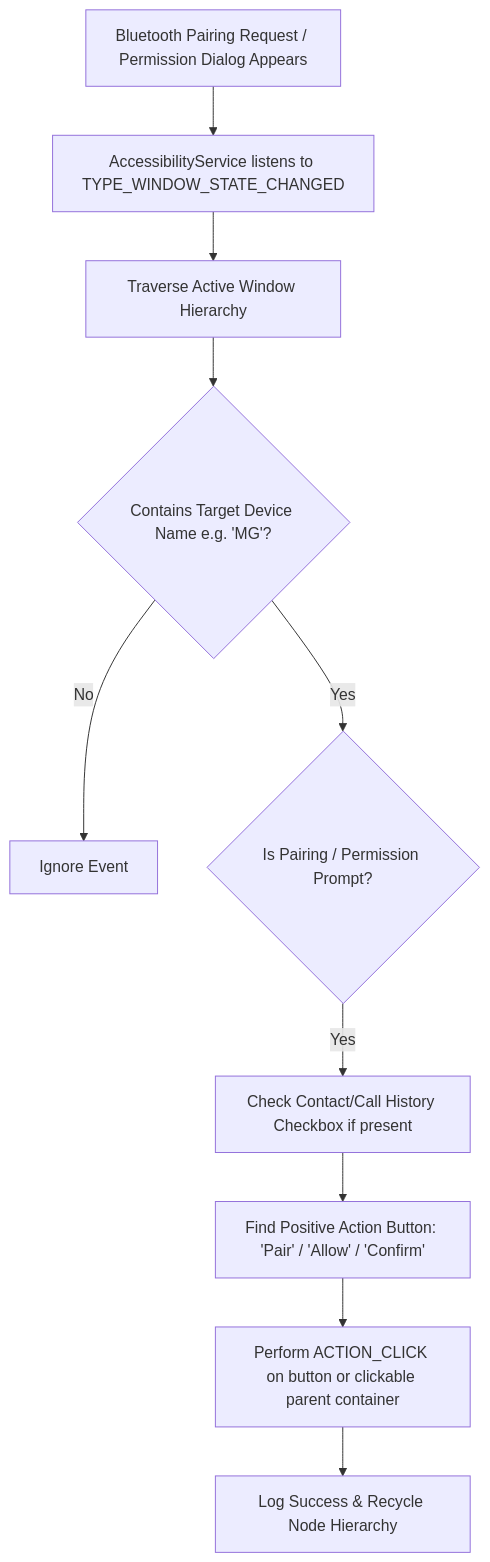
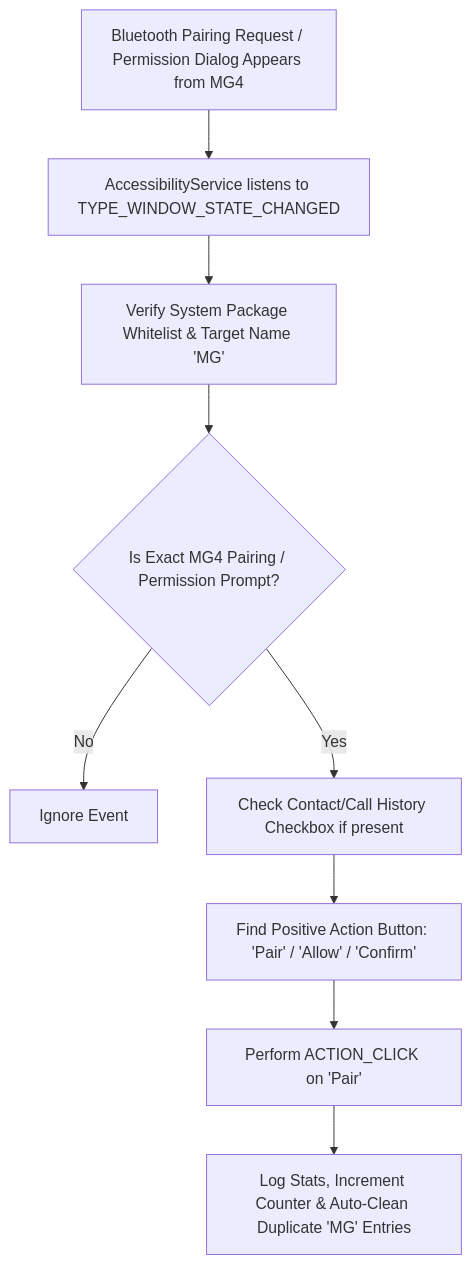
Before and after one commit to selvaruban/MG4BLEfix: the diagram in README.md, drawn with Mermaid. The commit also changed other lines of this file, not shown here.

Commit message:
The service now looks for the exact wording.

````diff
--- a/README.md
+++ b/README.md
@@ -79,12 +79,11 @@
 ```mermaid
 graph TD
-    A[Bluetooth Pairing Request / Permission Dialog Appears] --> B[AccessibilityService listens to TYPE_WINDOW_STATE_CHANGED]
-    B --> C[Traverse Active Window Hierarchy]
-    C --> D{Contains Target Device Name e.g. 'MG'?}
+    A[Bluetooth Pairing Request / Permission Dialog Appears from MG4] --> B[AccessibilityService listens to TYPE_WINDOW_STATE_CHANGED]
+    B --> C[Verify System Package Whitelist & Target Name 'MG']
+    C --> D{Is Exact MG4 Pairing / Permission Prompt?}
     D -- No --> E[Ignore Event]
-    D -- Yes --> F{Is Pairing / Permission Prompt?}
-    F -- Yes --> G[Check Contact/Call History Checkbox if present]
-    G --> H[Find Positive Action Button: 'Pair' / 'Allow' / 'Confirm']
-    H --> I[Perform ACTION_CLICK on button or clickable parent container]
-    I --> J[Log Success & Recycle Node Hierarchy]
+    D -- Yes --> F[Check Contact/Call History Checkbox if present]
+    F --> G[Find Positive Action Button: 'Pair' / 'Allow' / 'Confirm']
+    G --> H[Perform ACTION_CLICK on 'Pair']
+    H --> I[Log Stats, Increment Counter & Auto-Clean Duplicate 'MG' Entries]
 ```
````
